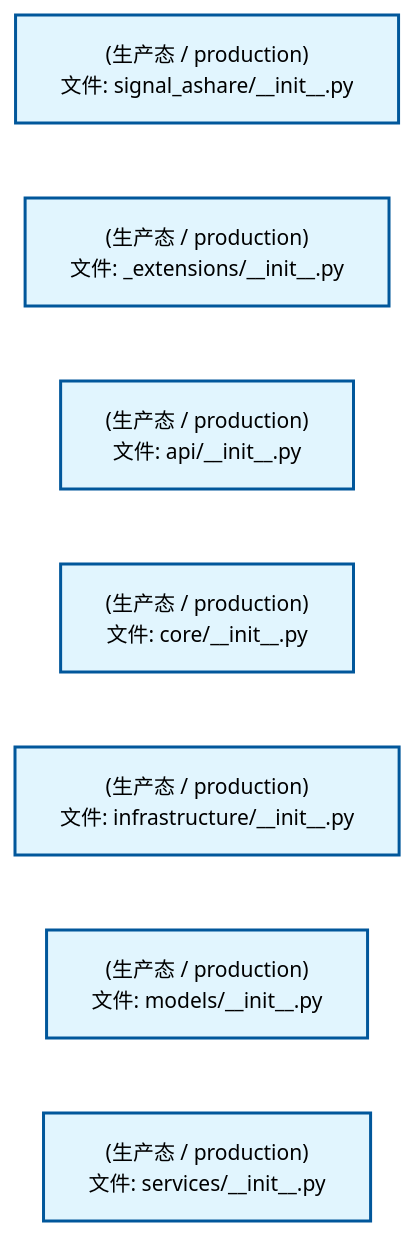
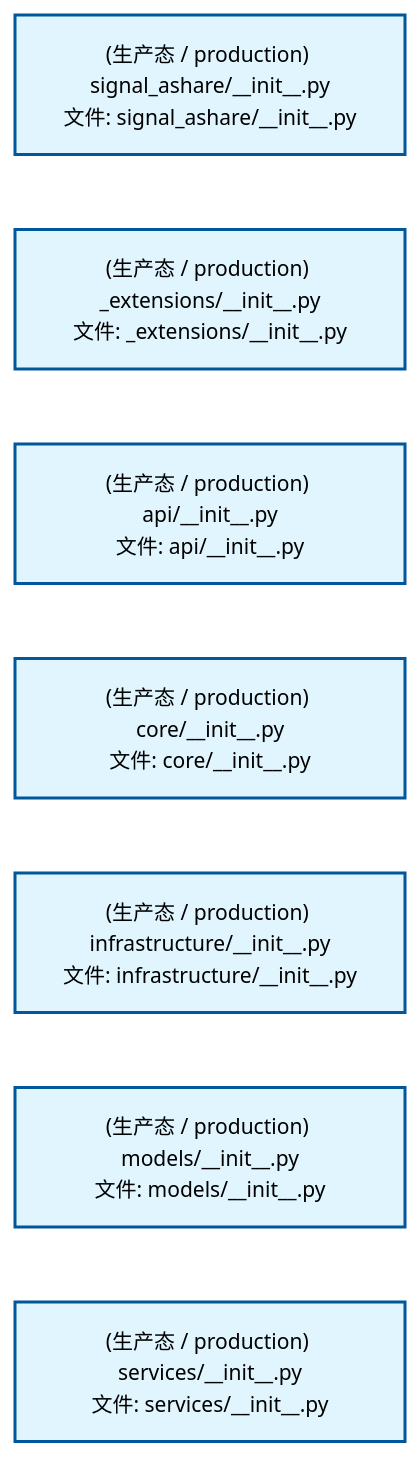
Before and after one commit to xuanFelixVan/ZephyrAlpha: the second of 4 diagrams in docs/02_enterprise_architecture/02_domain_architecture_docs/32_d_ashare_signal.md, drawn with Mermaid. The commit also changed other lines of this file and 77 other files, not shown here.

````diff
--- a/docs/02_enterprise_architecture/02_domain_architecture_docs/32_d_ashare_signal.md
+++ b/docs/02_enterprise_architecture/02_domain_architecture_docs/32_d_ashare_signal.md
@@ -53,22 +103,22 @@
 ```mermaid
 %%{init: {'theme': 'base', 'themeVariables': {'primaryColor': '#eaeaea', 'primaryTextColor': '#333333', 'primaryBorderColor': '#666666', 'lineColor': '#666666', 'secondaryColor': '#eaeaea', 'tertiaryColor': '#eaeaea', 'fontSize': '14px'}}}%%
 flowchart TD
-    src_zephyr_signal_ashare_init_py["(生产态 / production)<br/>文件: signal_ashare/__init__.py"]
-    src_zephyr_signal_ashare_extensions_init_py["(生产态 / production)<br/>文件: _extensions/__init__.py"]
-    src_zephyr_signal_ashare_api_init_py["(生产态 / production)<br/>文件: api/__init__.py"]
-    src_zephyr_signal_ashare_core_init_py["(生产态 / production)<br/>文件: core/__init__.py"]
-    src_zephyr_signal_ashare_infrastructure_init_py["(生产态 / production)<br/>文件: infrastructure/__init__.py"]
-    src_zephyr_signal_ashare_models_init_py["(生产态 / production)<br/>文件: models/__init__.py"]
-    src_zephyr_signal_ashare_services_init_py["(生产态 / production)<br/>文件: services/__init__.py"]
+    src_zephyr_signal_ashare_init_py["(生产态 / production) signal_ashare/__init__.py<br/>文件: signal_ashare/__init__.py"]
+    src_zephyr_signal_ashare_extensions_init_py["(生产态 / production) _extensions/__init__.py<br/>文件: _extensions/__init__.py"]
+    src_zephyr_signal_ashare_api_init_py["(生产态 / production) api/__init__.py<br/>文件: api/__init__.py"]
+    src_zephyr_signal_ashare_core_init_py["(生产态 / production) core/__init__.py<br/>文件: core/__init__.py"]
+    src_zephyr_signal_ashare_infrastructure_init_py["(生产态 / production) infrastructure/__init__.py<br/>文件: infrastructure/__init__.py"]
+    src_zephyr_signal_ashare_models_init_py["(生产态 / production) models/__init__.py<br/>文件: models/__init__.py"]
+    src_zephyr_signal_ashare_services_init_py["(生产态 / production) services/__init__.py<br/>文件: services/__init__.py"]
     src_zephyr_signal_ashare_init_py ~~~ src_zephyr_signal_ashare_extensions_init_py
     src_zephyr_signal_ashare_extensions_init_py ~~~ src_zephyr_signal_ashare_api_init_py
     src_zephyr_signal_ashare_api_init_py ~~~ src_zephyr_signal_ashare_core_init_py
     src_zephyr_signal_ashare_core_init_py ~~~ src_zephyr_signal_ashare_infrastructure_init_py
     src_zephyr_signal_ashare_infrastructure_init_py ~~~ src_zephyr_signal_ashare_models_init_py
     src_zephyr_signal_ashare_models_init_py ~~~ src_zephyr_signal_ashare_services_init_py
     classDef production fill:#e1f5fe,stroke:#01579b,stroke-width:2px,color:#000
     classDef design fill:#fff3e0,stroke:#e65100,stroke-width:2px,color:#000,stroke-dasharray: 5 5
     classDef external_prod fill:#e8f4fd,stroke:#0277bd,stroke-width:1px,color:#000
     classDef external_design fill:#fff8e7,stroke:#ef6c00,stroke-width:1px,color:#000,stroke-dasharray: 5 5
     class src_zephyr_signal_ashare_init_py,src_zephyr_signal_ashare_extensions_init_py,src_zephyr_signal_ashare_api_init_py,src_zephyr_signal_ashare_core_init_py,src_zephyr_signal_ashare_infrastructure_init_py,src_zephyr_signal_ashare_models_init_py,src_zephyr_signal_ashare_services_init_py production
 ```
````
